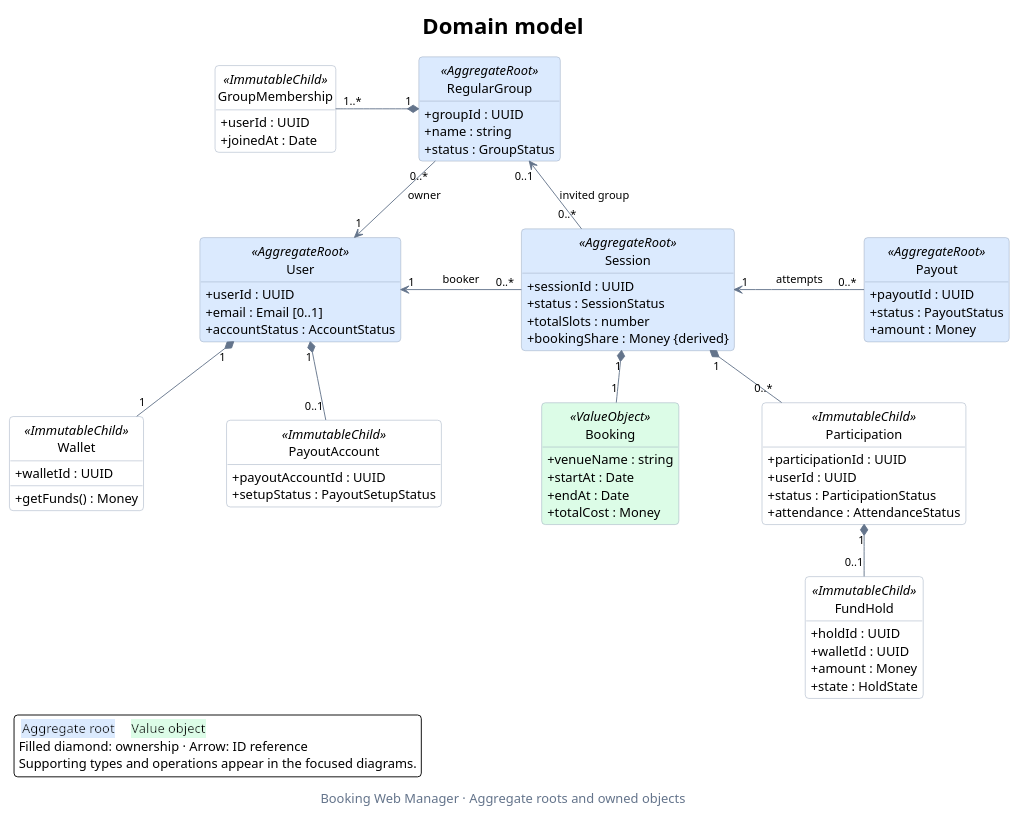
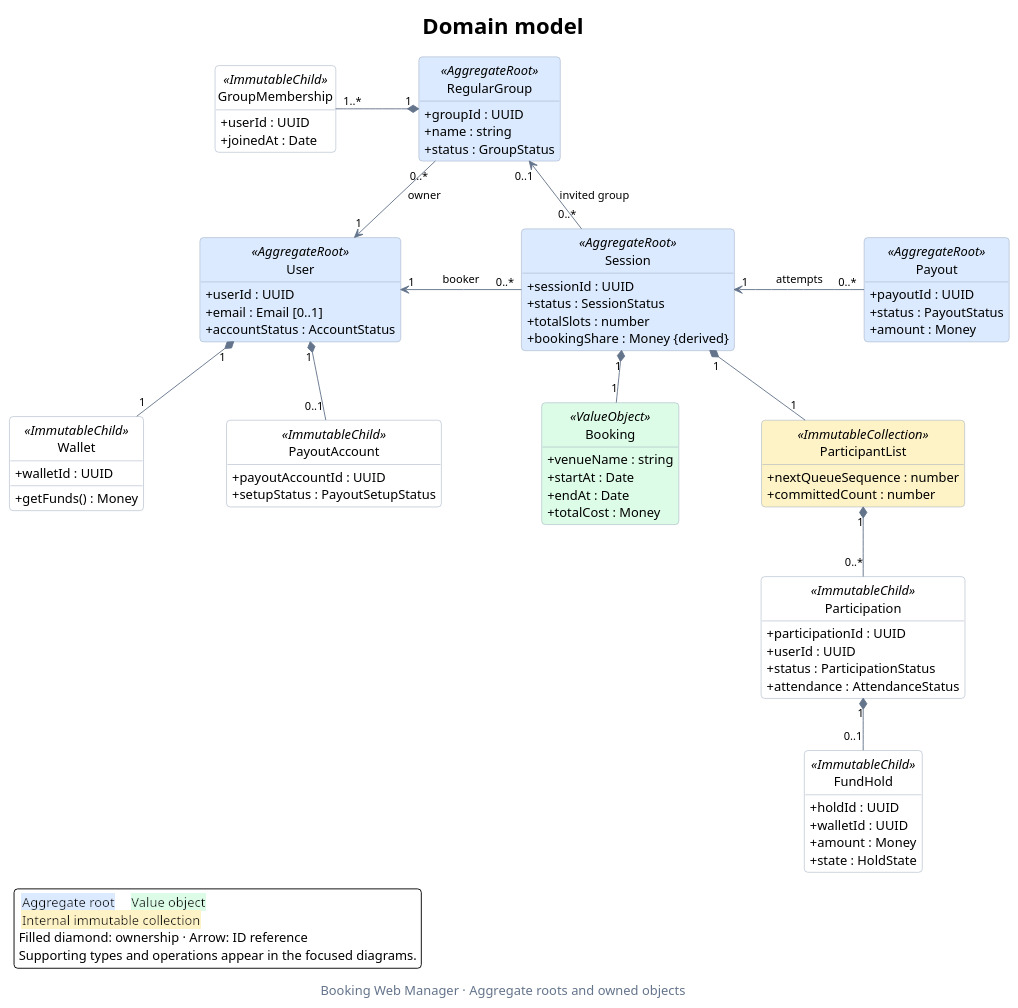
Before and after one commit to rbrishi15/booking-web-manager: the diagram in docs/domain-class-diagram.puml, drawn with PlantUML. The commit also changed 40 other files, not shown here.

First line of the commit message:
refactor(domain): extract immutable ParticipantList

```diff
--- a/docs/domain-class-diagram.puml
+++ b/docs/domain-class-diagram.puml
@@ -1,98 +1,105 @@
 @startuml domain-class-diagram
 ' Main view: aggregate ownership and the main cross-aggregate references.
 ' Supporting values, role views, ledger queries and operations are in diagrams/.
 title Domain model
 caption Booking Web Manager · Aggregate roots and owned objects
 
 top to bottom direction
 hide circle
 hide empty members
 skinparam backgroundColor #FFFFFF
 skinparam shadowing false
 skinparam roundcorner 8
 skinparam defaultFontName SansSerif
 skinparam defaultFontSize 14
 skinparam titleFontSize 24
 skinparam captionFontColor #64748B
 skinparam ArrowColor #64748B
 skinparam ArrowFontSize 12
 skinparam classBorderColor #94A3B8
 skinparam classBackgroundColor #FFFFFF
 skinparam classBackgroundColor<<AggregateRoot>> #DBEAFE
 skinparam classBackgroundColor<<ValueObject>> #DCFCE7
+skinparam classBackgroundColor<<ImmutableCollection>> #FEF3C7
 skinparam classAttributeIconSize 0
 skinparam linetype polyline
 skinparam nodesep 90
 skinparam ranksep 55
 
 class User <<AggregateRoot>> {
   +userId : UUID
   +email : Email [0..1]
   +accountStatus : AccountStatus
 }
 class RegularGroup <<AggregateRoot>> {
   +groupId : UUID
   +name : string
   +status : GroupStatus
 }
 class Session <<AggregateRoot>> {
   +sessionId : UUID
   +status : SessionStatus
   +totalSlots : number
   +bookingShare : Money {derived}
 }
 class Payout <<AggregateRoot>> {
   +payoutId : UUID
   +status : PayoutStatus
   +amount : Money
 }
 class Wallet <<ImmutableChild>> {
   +walletId : UUID
   +getFunds() : Money
 }
 class PayoutAccount <<ImmutableChild>> {
   +payoutAccountId : UUID
   +setupStatus : PayoutSetupStatus
 }
 class GroupMembership <<ImmutableChild>> {
   +userId : UUID
   +joinedAt : Date
 }
 class Booking <<ValueObject>> {
   +venueName : string
   +startAt : Date
   +endAt : Date
   +totalCost : Money
 }
 class Participation <<ImmutableChild>> {
   +participationId : UUID
   +userId : UUID
   +status : ParticipationStatus
   +attendance : AttendanceStatus
 }
+class ParticipantList <<ImmutableCollection>> {
+  +nextQueueSequence : number
+  +committedCount : number
+}
 class FundHold <<ImmutableChild>> {
   +holdId : UUID
   +walletId : UUID
   +amount : Money
   +state : HoldState
 }
 
 ' Keep the aggregate references together; owned children branch downward.
 User "1" <-right- "0..*" Session : booker
 Session "1" <-right- "0..*" Payout : attempts
 RegularGroup "0..*" -down-> "1" User : owner
 Session "0..*" -up-> "0..1" RegularGroup : invited group
 
 User "1" *-down- "1" Wallet
 User "1" *-down- "0..1" PayoutAccount
 RegularGroup "1" *-left- "1..*" GroupMembership
 Session "1" *-down- "1" Booking
-Session "1" *-down- "0..*" Participation
+Session "1" *-down- "1" ParticipantList
+ParticipantList "1" *-down- "0..*" Participation
 Participation "1" *-down- "0..1" FundHold
 
 legend bottom left
   <back:#DBEAFE> Aggregate root </back>   <back:#DCFCE7> Value object </back>
+  <back:#FEF3C7> Internal immutable collection </back>
   Filled diamond: ownership · Arrow: ID reference
   Supporting types and operations appear in the focused diagrams.
 endlegend
 @enduml
```
